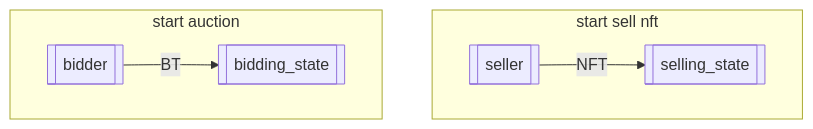
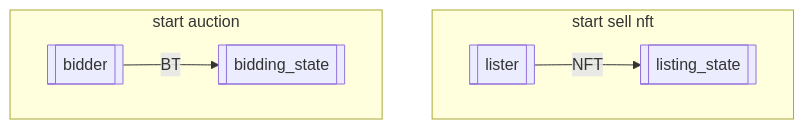
The second of 7 diagrams in x/nftmarket/spec/03_auction_state.md (UnUniFi/chain), drawn with Mermaid before and after one commit. The commit also changed other lines of this file and 7 other files, not shown here.

````diff
--- a/x/nftmarket/spec/03_auction_state.md
+++ b/x/nftmarket/spec/03_auction_state.md
@@ -74,13 +74,13 @@
 ```mermaid
 flowchart TD
 subgraph start sell nft
-	seller1[[seller]]
-	selling_state[[selling_state]]
-	seller1--NFT--> selling_state
+	lister1[[lister]]
+	listing_state[[listing_state]]
+	lister1--NFT--> listing_state
 end
 subgraph start auction
 	bidder1[[bidder]]
 	bidding_state1[[bidding_state]]
 	bidder1 --BT--> bidding_state1
 end
 ```
````
